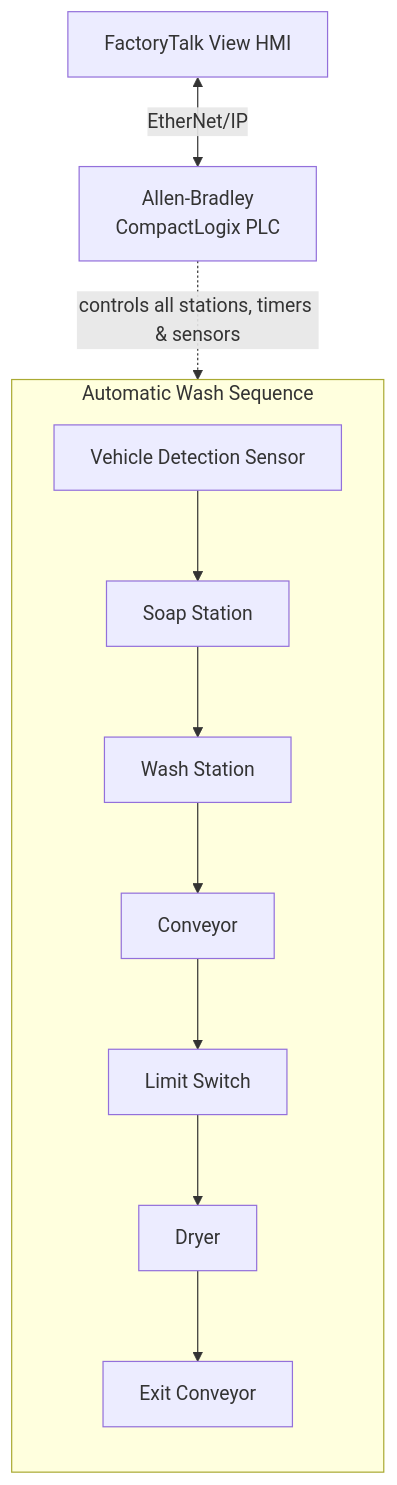
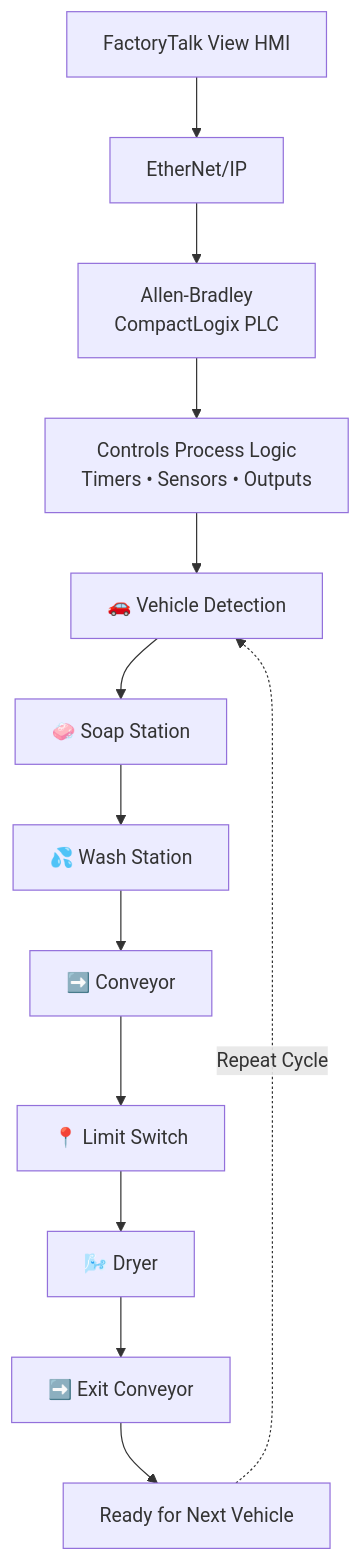
The diagram in README.md (AnilPantula/Automatic-Car-Wash-PLC-Control-System), drawn with Mermaid before and after one commit. The commit also changed other lines of this file, not shown here.

Commit message:
Update README by removing gallery and structure sections
Removed project gallery and repository structure sections from README.

````diff
--- a/README.md
+++ b/README.md
@@ -75,14 +75,17 @@
 ```mermaid
 flowchart TB
-    subgraph PROCESS["Automatic Wash Sequence"]
-      direction TB
-      VS["Vehicle Detection Sensor"] --> SS["Soap Station"]
-      SS --> WS["Wash Station"]
-      WS --> CV["Conveyor"]
-      CV --> LS["Limit Switch"]
-      LS --> DR["Dryer"]
-      DR --> EX["Exit Conveyor"]
-    end
-    HMI["FactoryTalk View HMI"] <-->|EtherNet/IP| PLC["Allen-Bradley<br/>CompactLogix PLC"]
-    PLC -. controls all stations, timers & sensors .-> PROCESS
+HMI["FactoryTalk View HMI"]
+NET["EtherNet/IP"]
+PLC["Allen-Bradley<br/>CompactLogix PLC"]
+HMI --> NET --> PLC
+PLC --> CTRL["Controls Process Logic<br/>Timers • Sensors • Outputs"]
+CTRL --> DETECT["🚗 Vehicle Detection"]
+DETECT --> SOAP["🧼 Soap Station"]
+SOAP --> WASH["💦 Wash Station"]
+WASH --> CONV["➡️ Conveyor"]
+CONV --> LIMIT["📍 Limit Switch"]
+LIMIT --> DRYER["🌬️ Dryer"]
+DRYER --> EXIT["➡️ Exit Conveyor"]
+EXIT --> READY["Ready for Next Vehicle"]
+READY -. Repeat Cycle .-> DETECT
 ```
````
